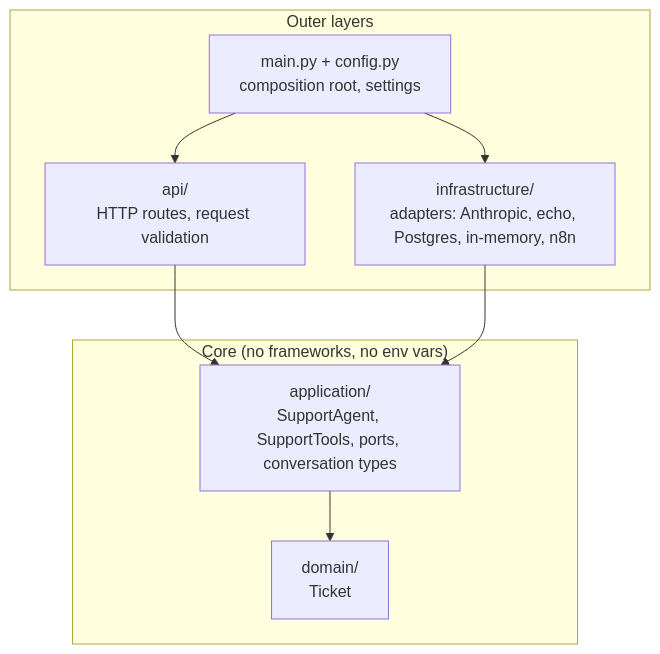
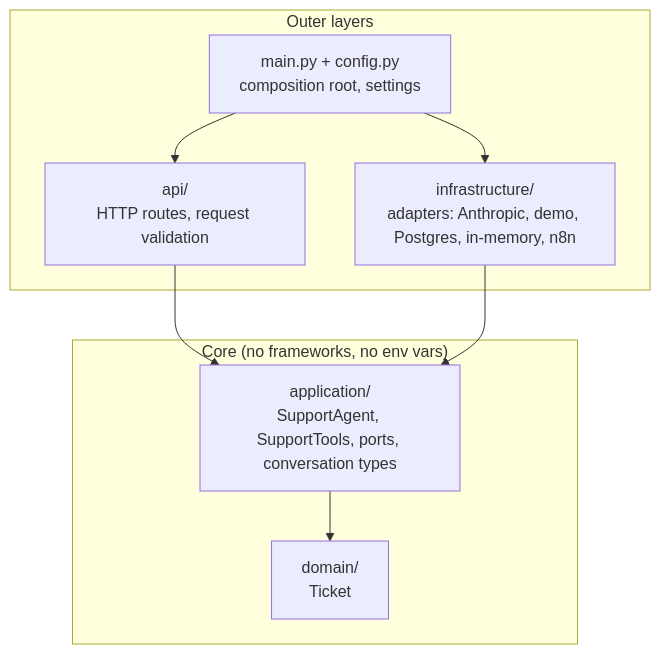
Before and after one commit to Goncar29/ai-support-assistant: the second of 4 diagrams in ARCHITECTURE.md, drawn with Mermaid. The commit also changed other lines of this file and 6 other files, not shown here.

First line of the commit message:
feat: replace the offline echo with a scripted demo model

````diff
--- a/ARCHITECTURE.md
+++ b/ARCHITECTURE.md
@@ -33,17 +33,17 @@
 ```mermaid
 flowchart TB
     subgraph Outside["Outer layers"]
         API["api/<br/>HTTP routes, request validation"]
-        INF["infrastructure/<br/>adapters: Anthropic, echo, Postgres, in-memory, n8n"]
+        INF["infrastructure/<br/>adapters: Anthropic, demo, Postgres, in-memory, n8n"]
         MAIN["main.py + config.py<br/>composition root, settings"]
     end
     subgraph Core["Core (no frameworks, no env vars)"]
         APP["application/<br/>SupportAgent, SupportTools, ports, conversation types"]
         DOM["domain/<br/>Ticket"]
     end
     API --> APP
     INF --> APP
     MAIN --> API
     MAIN --> INF
     APP --> DOM
 ```
````
